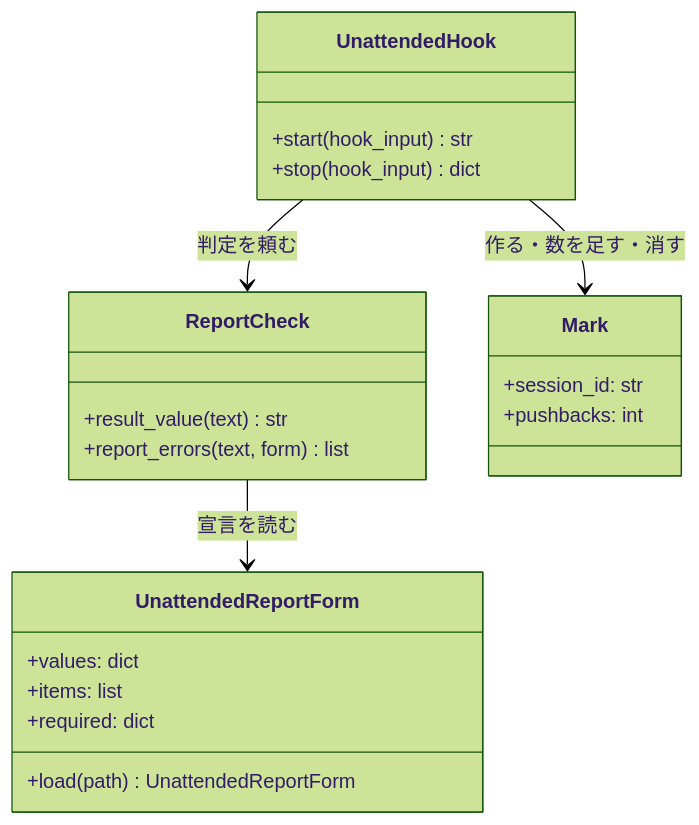
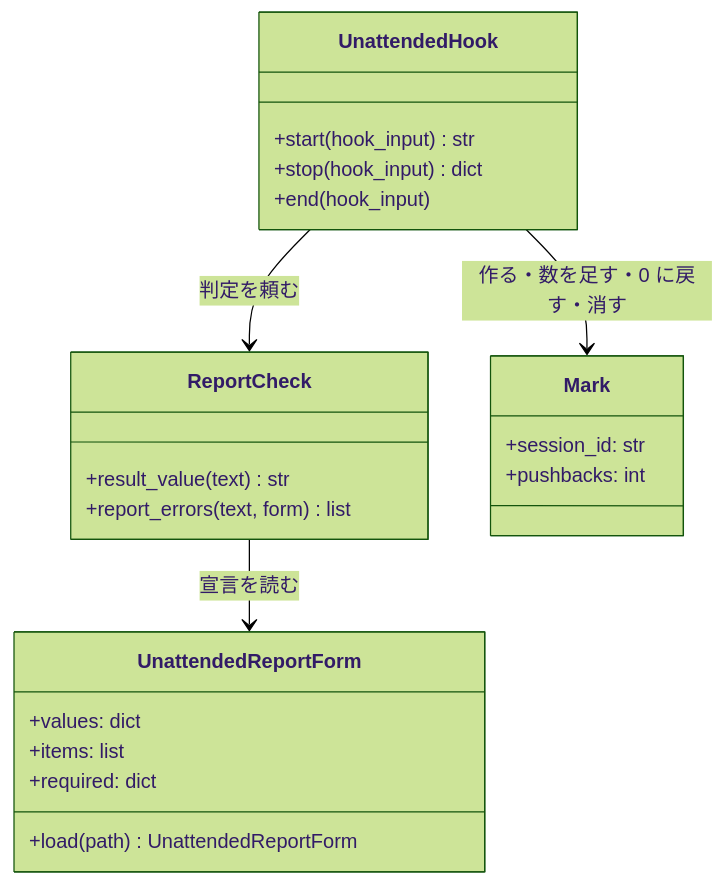
One commit to devbasex/ai-plugins changed the second of 3 diagrams in issues/issue-3242-design.md. Above: the diagram before and after it, drawn with Mermaid (forest theme). The commit also changed other lines of this file and 2 other files, not shown here.

````diff
--- a/issues/issue-3242-design.md
+++ b/issues/issue-3242-design.md
@@ -187,24 +204,25 @@
 ```mermaid
 classDiagram
   class UnattendedReportForm {
     +values: dict
     +items: list
     +required: dict
     +load(path) UnattendedReportForm
   }
   class ReportCheck {
     +result_value(text) str
     +report_errors(text, form) list
   }
   class UnattendedHook {
     +start(hook_input) str
     +stop(hook_input) dict
+    +end(hook_input)
   }
   class Mark {
     +session_id: str
     +pushbacks: int
   }
   UnattendedHook --> ReportCheck : 判定を頼む
-  UnattendedHook --> Mark : 作る・数を足す・消す
+  UnattendedHook --> Mark : 作る・数を足す・0 に戻す・消す
   ReportCheck --> UnattendedReportForm : 宣言を読む
 ```
````
